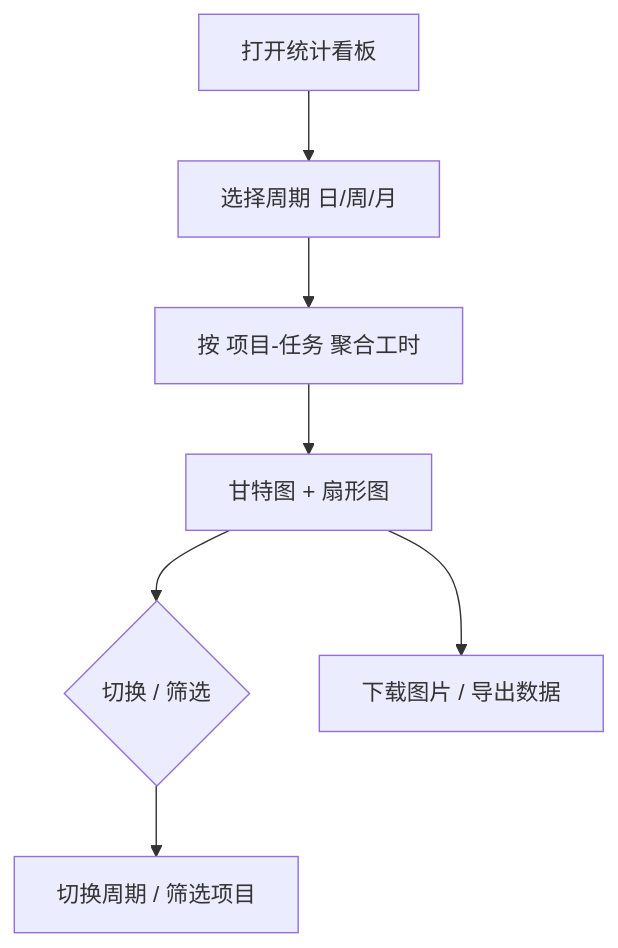
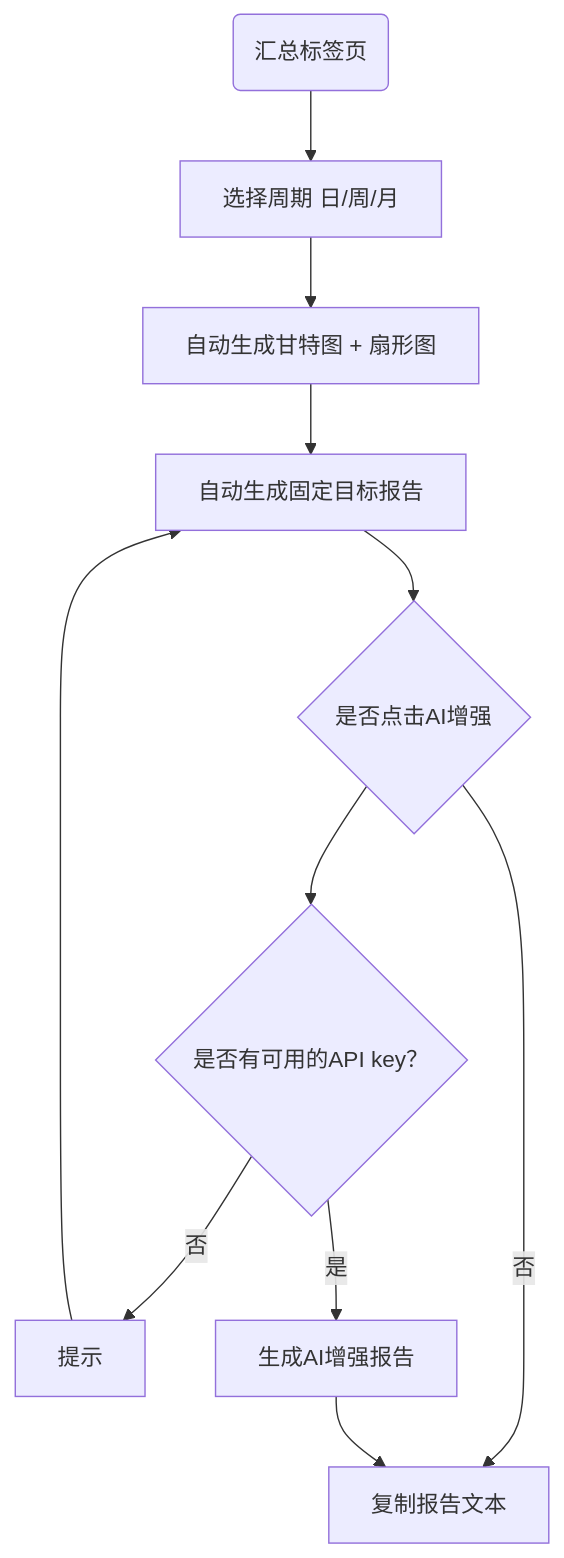
Before and after one commit to YangYuhua122121/WorkLog: the fifth of 5 diagrams in worklog-PRD文档.md, drawn with Mermaid. The commit also changed other lines of this file and 3 other files, not shown here.

````diff
--- a/worklog-PRD文档.md
+++ b/worklog-PRD文档.md
@@ -426,9 +361,12 @@
 ```mermaid
 flowchart TD
-    A[打开统计看板] --> B[选择周期 日/周/月]
-    B --> C[按 项目-任务 聚合工时]
-    C --> D[甘特图 + 扇形图]
-    D --> E{切换 / 筛选}
-    E --> F[切换周期 / 筛选项目]
-    D --> G[下载图片 / 导出数据]
+    A(汇总标签页) --> B[选择周期 日/周/月]
+    B --> D[自动生成甘特图 + 扇形图]
+    D --> E[自动生成固定目标报告]
+    E --> F{是否点击AI增强}
+    F --> I{是否有可用的API key？}
+    I --否--> J[提示] --> E
+    I --是--> G[生成AI增强报告]
+    F --否--> H[复制报告文本]
+    G --> H
 ```
````
